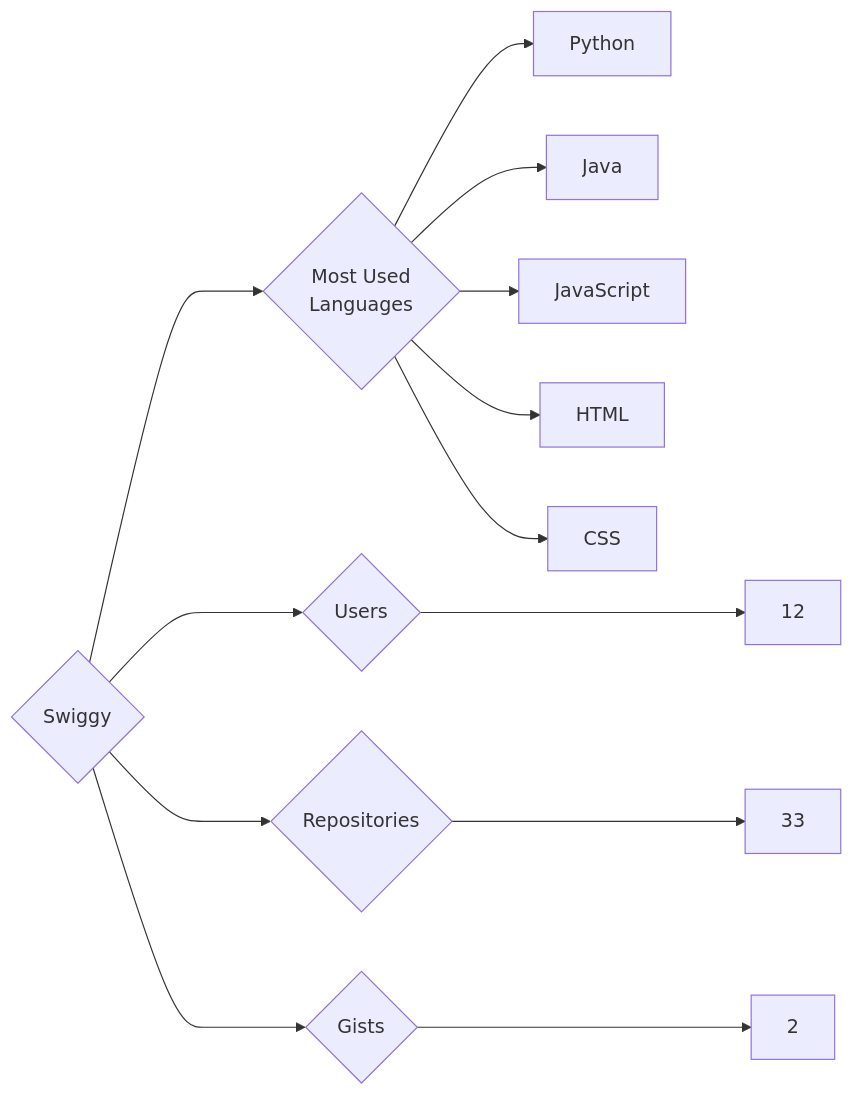
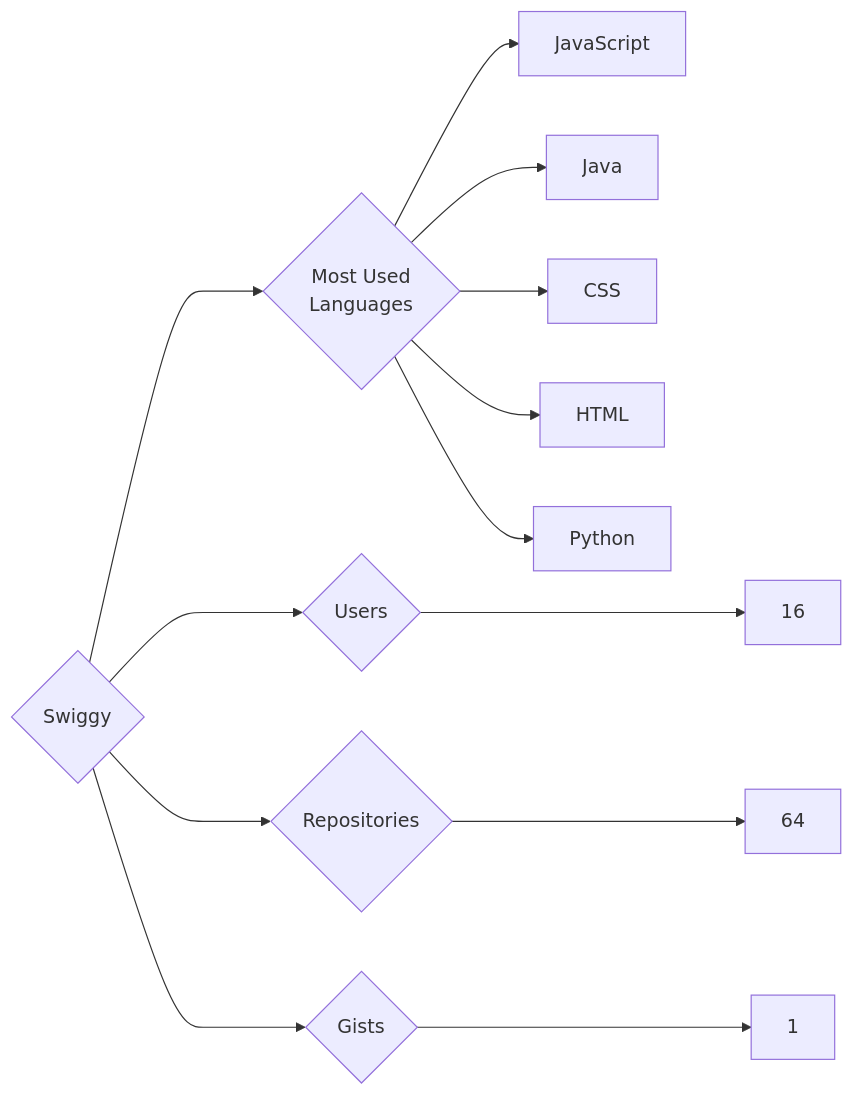
The diagram in targets/Swiggy/README.md (trickest/insiders), drawn with Mermaid before and after one commit. The commit also changed 912 other files, not shown here.

````diff
--- a/targets/Swiggy/README.md
+++ b/targets/Swiggy/README.md
@@ -3,13 +3,13 @@
 ```mermaid
 graph LR
 COMPANY_NAME{Swiggy}
-COMPANY_NAME ---> U{Users} ---> UN[12]
-COMPANY_NAME ---> R{Repositories} ---> RN[33]
-COMPANY_NAME ---> G{Gists} ---> GN[2]
+COMPANY_NAME ---> U{Users} ---> UN[16]
+COMPANY_NAME ---> R{Repositories} ---> RN[64]
+COMPANY_NAME ---> G{Gists} ---> GN[1]
 COMPANY_NAME ---> ML{Most Used<br>Languages}
+ML --> JavaScript[JavaScript]
+ML --> Java[Java]
+ML --> CSS[CSS]
+ML --> HTML[HTML]
 ML --> Python[Python]
-ML --> Java[Java]
-ML --> JavaScript[JavaScript]
-ML --> HTML[HTML]
-ML --> CSS[CSS]
 ```
````
